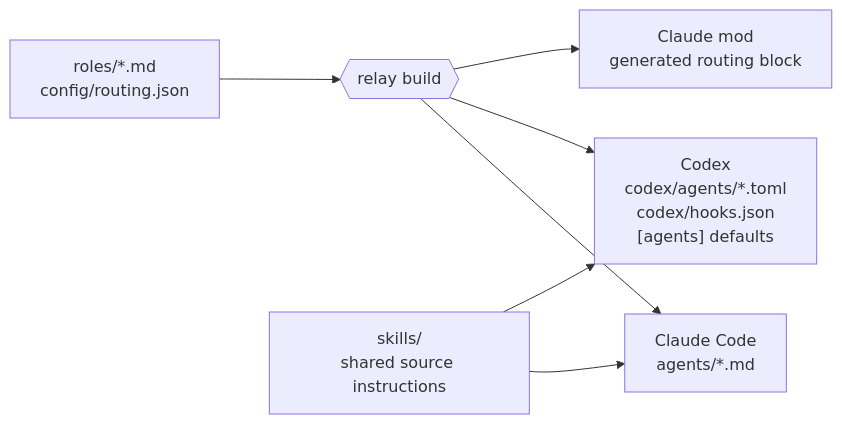
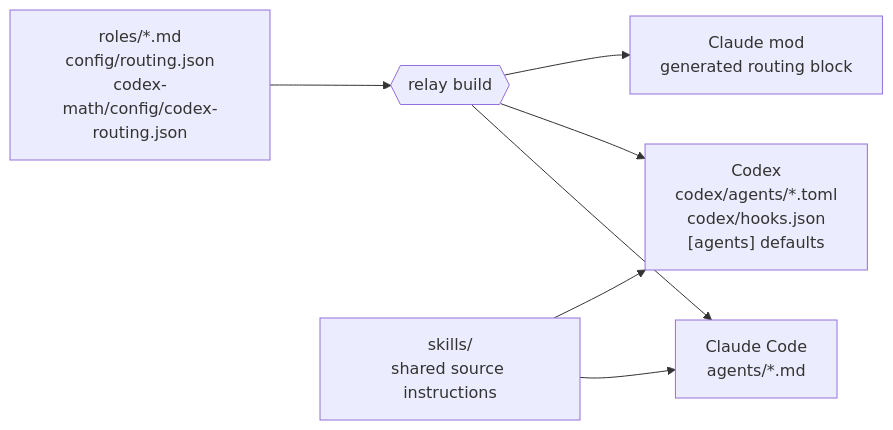
Diagram 13 of 15 in README.md (cube-digital/relay), drawn with Mermaid before and after one commit. The commit also changed other lines of this file and 5 other files, not shown here.

Commit message:
T8: Human docs describe the new Codex routing and budget

````diff
--- a/README.md
+++ b/README.md
@@ -420,8 +420,8 @@
 ```mermaid
 flowchart LR
-    src["roles/*.md<br/>config/routing.json"] --> build{{"relay build"}}
+    src["roles/*.md<br/>config/routing.json<br/>codex-math/config/codex-routing.json"] --> build{{"relay build"}}
     build --> cc["Claude Code<br/>agents/*.md"]
     build --> cx["Codex<br/>codex/agents/*.toml<br/>codex/hooks.json<br/>[agents] defaults"]
     build --> mod["Claude mod<br/>generated routing block"]
     skills["skills/<br/>shared source instructions"] --> cc & cx
 ```
````
